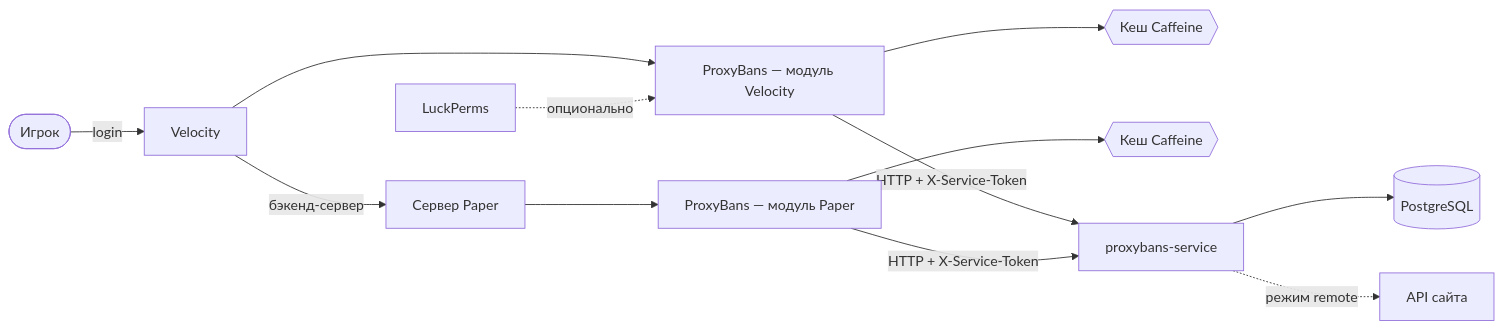
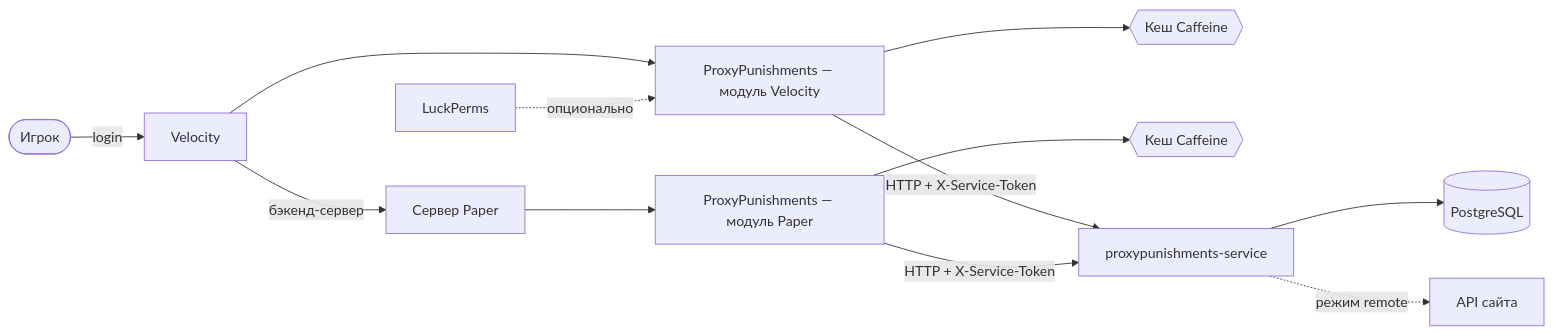
One commit to vanFEK/proxypunishments-plugin-example changed the diagram in README.ru.md. Above: the diagram before and after it, drawn with Mermaid. The commit also changed other lines of this file and 181 other files, not shown here.

First line of the commit message:
refactor: rename the project to ProxyPunishments

````diff
--- a/README.ru.md
+++ b/README.ru.md
@@ -23,14 +23,14 @@
 ```mermaid
 flowchart LR
     P([Игрок]) -->|login| V[Velocity]
-    V --> PL[ProxyBans — модуль Velocity]
+    V --> PL[ProxyPunishments — модуль Velocity]
     V -->|бэкенд-сервер| B[Сервер Paper]
-    B --> PP[ProxyBans — модуль Paper]
+    B --> PP[ProxyPunishments — модуль Paper]
     PL --> C{{Кеш Caffeine}}
     PP --> C2{{Кеш Caffeine}}
-    PL -->|HTTP + X-Service-Token| S[proxybans-service]
+    PL -->|HTTP + X-Service-Token| S[proxypunishments-service]
     PP -->|HTTP + X-Service-Token| S
     S --> DB[(PostgreSQL)]
     S -.->|режим remote| W[API сайта]
     LP[LuckPerms] -.->|опционально| PL
 ```
````
